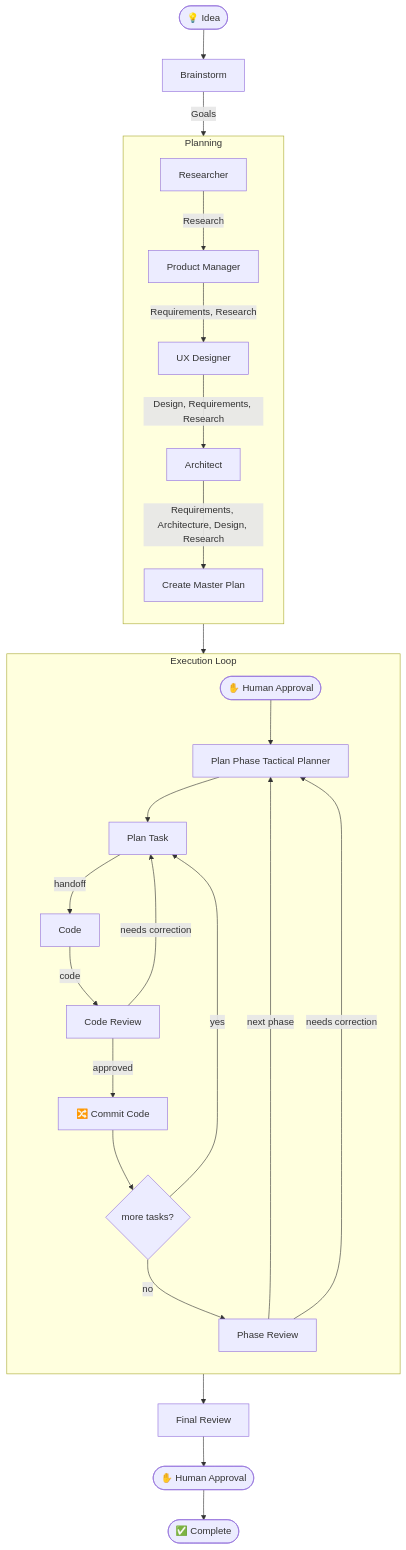
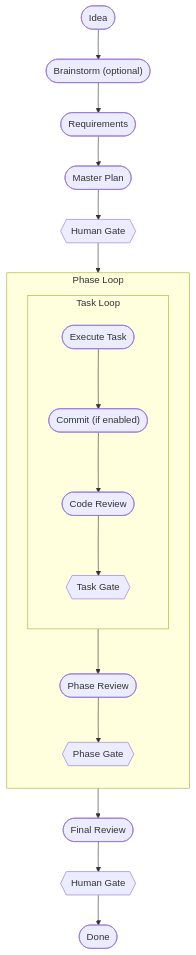
The diagram in README.md (MetalHexx/RadOrchestration), drawn with Mermaid before and after one commit. The commit also changed other lines of this file and 16 other files, not shown here.

````diff
--- a/README.md
+++ b/README.md
@@ -11,34 +13,24 @@
 ```mermaid
 flowchart TD
-    START([💡 Idea]) --> BRAINSTORM[Brainstorm]
-    BRAINSTORM --> |Goals| RESEARCH
+    IDEA(["Idea"]) --> BRAIN(["Brainstorm (optional)"])
+    BRAIN --> REQ(["Requirements"])
+    REQ --> PLAN(["Master Plan"])
+    PLAN --> GATE1{{"Human Gate"}}
 
-    subgraph PLANNING [Planning]
+    subgraph LOOP ["Phase Loop"]
         direction TB
-        RESEARCH[Researcher] --> |Research| PRD[Product Manager]
-        PRD --> |Requirements, Research| DESIGN[UX Designer]
-        DESIGN --> |Design, Requirements, Research| ARCH[Architect]
-        ARCH --> |Requirements, Architecture, Design, Research| MASTERPLAN[Create Master Plan]
+        subgraph TLOOP ["Task Loop"]
+            direction TB
+            EXEC(["Execute Task"]) --> COMMIT(["Commit (if enabled)"])
+            COMMIT --> REVIEW(["Code Review"])
+            REVIEW --> TGATE{{"Task Gate"}}
+        end
+        TLOOP --> PREVIEW(["Phase Review"])
+        PREVIEW --> PGATE{{"Phase Gate"}}
     end
 
-    MASTERPLAN --> GATE1(["✋ Human Approval"])
-
-    subgraph EXECUTION [Execution Loop]
-        direction TB
-        GATE1 --> PHASE[Plan Phase Tactical Planner]
-        PHASE --> HANDOFF[Plan Task]
-        HANDOFF --> |handoff| CODE[Code]
-        CODE --> |code|REVIEW[Code Review]
-        REVIEW -->|needs correction | HANDOFF
-        REVIEW -->|approved| COMMIT[🔀 Commit Code]
-        COMMIT --> MORETASKS{more tasks?}
-        MORETASKS -->|yes| HANDOFF
-        MORETASKS -->|no| PHASEREVIEW[Phase Review]
-        PHASEREVIEW -->|next phase| PHASE
-        PHASEREVIEW -->|needs correction| PHASE
-    end
-
-    PHASEREVIEW --> FINAL[Final Review]
-    FINAL --> GATE2(["✋ Human Approval"])
-    GATE2 --> DONE([✅ Complete])
+    GATE1 --> LOOP
+    LOOP --> FINAL(["Final Review"])
+    FINAL --> GATE2{{"Human Gate"}}
+    GATE2 --> DONE(["Done"])
 ```
````
